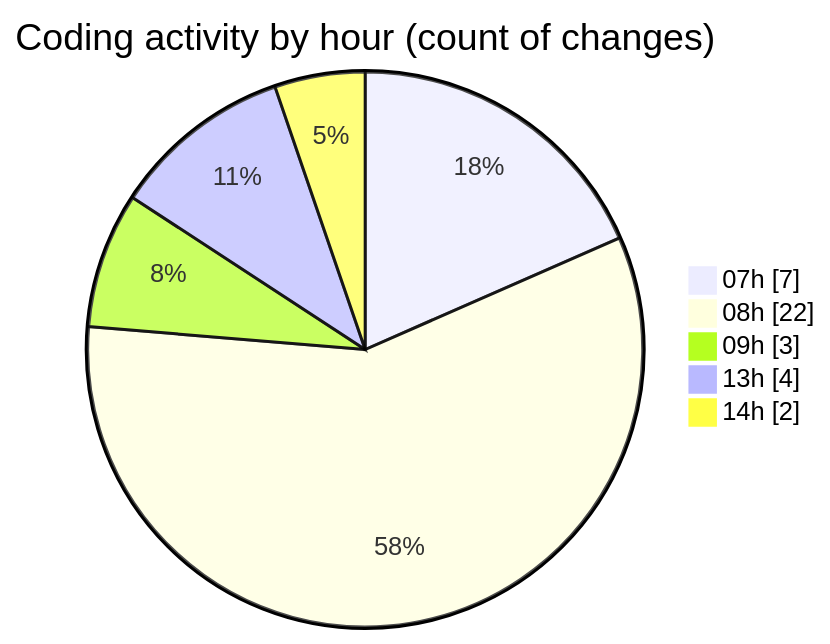
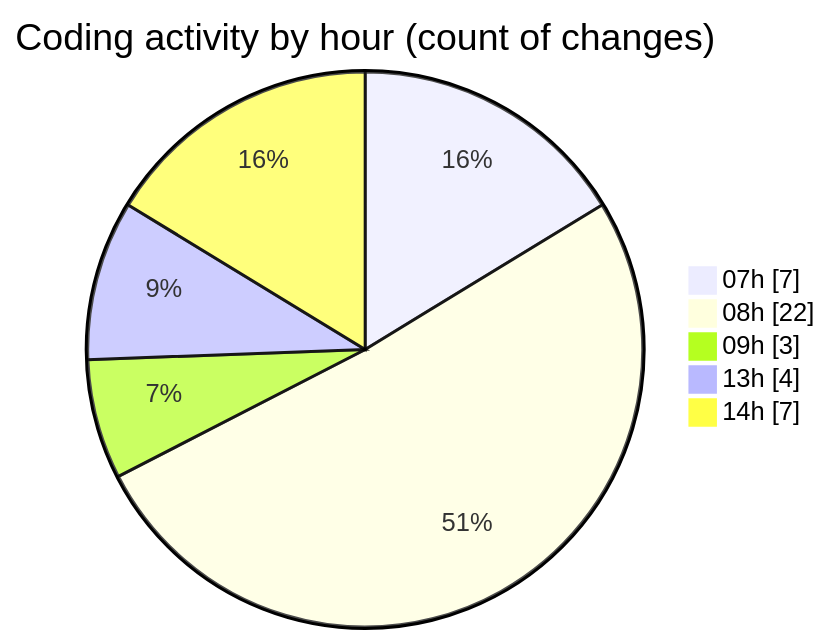
Before and after one commit to Elitesun/code-tracking: the second of 2 diagrams in 2025-05-04/niten/README.md, drawn with Mermaid. The commit also changed other lines of this file and 1 other file, not shown here.

````diff
--- a/2025-05-04/niten/README.md
+++ b/2025-05-04/niten/README.md
@@ -43,9 +45,9 @@
 ```mermaid
 pie showData
 title Coding activity by hour (count of changes)
 "07h" : 7
 "08h" : 22
 "09h" : 3
 "13h" : 4
-"14h" : 2
+"14h" : 7
 ```
````
